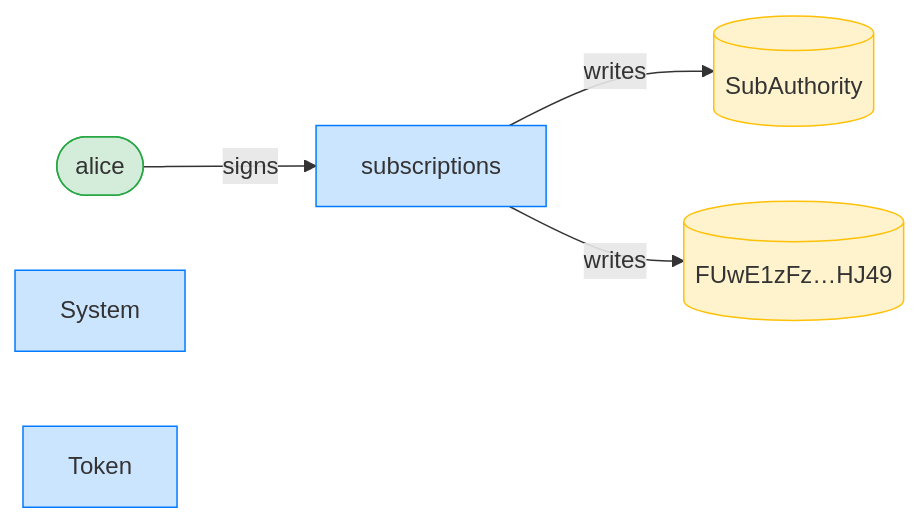
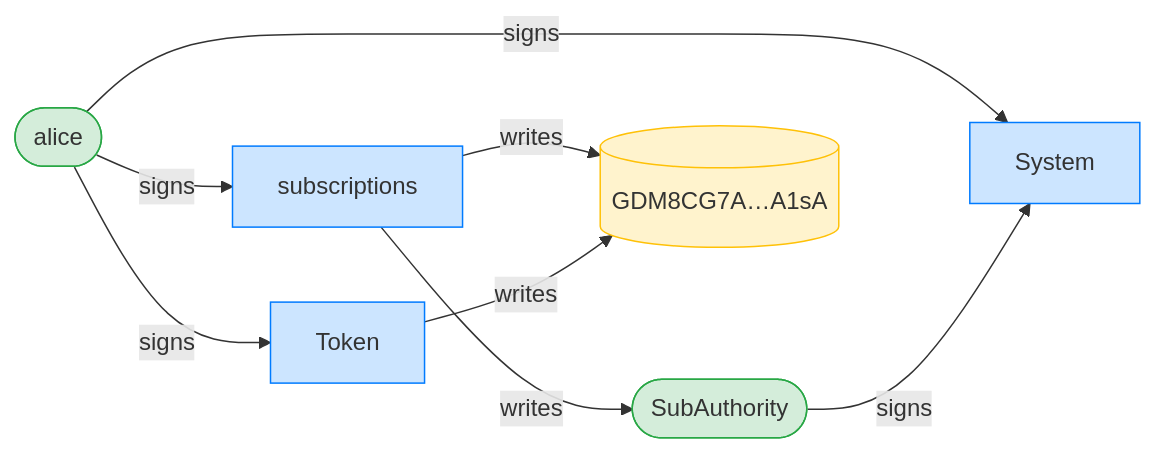
Before and after one commit to cds-rs/subscriptions: the third of 4 diagrams in dsl_tests/reject-a-delegation-at-the-wrong-pda.md, drawn with Mermaid. The commit also changed other lines of this file and 224 other files, not shown here.

````diff
--- a/dsl_tests/reject-a-delegation-at-the-wrong-pda.md
+++ b/dsl_tests/reject-a-delegation-at-the-wrong-pda.md
@@ -53,15 +54,19 @@
 ```mermaid
 flowchart LR
     classDef signer fill:#d4edda,stroke:#28a745;
     classDef program fill:#cce5ff,stroke:#007bff;
     classDef writable fill:#fff3cd,stroke:#ffc107;
     subscriptions[subscriptions]:::program
     alice([alice]):::signer
-    SubAuthority[(SubAuthority)]:::writable
-    FUwE1zFz_HJ49[("FUwE1zFz…HJ49")]:::writable
+    SubAuthority([SubAuthority]):::signer
+    GDM8CG7A_A1sA[("GDM8CG7A…A1sA")]:::writable
     System[System]:::program
     Token[Token]:::program
     alice -->|signs| subscriptions
+    alice -->|signs| System
+    SubAuthority -->|signs| System
+    alice -->|signs| Token
     subscriptions -->|writes| SubAuthority
-    subscriptions -->|writes| FUwE1zFz_HJ49
+    subscriptions -->|writes| GDM8CG7A_A1sA
+    Token -->|writes| GDM8CG7A_A1sA
 ```
````
